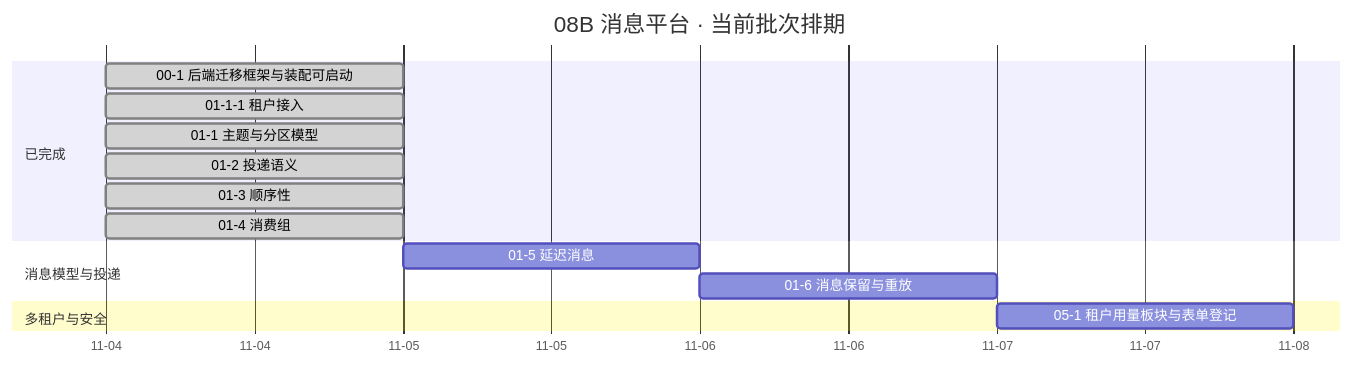
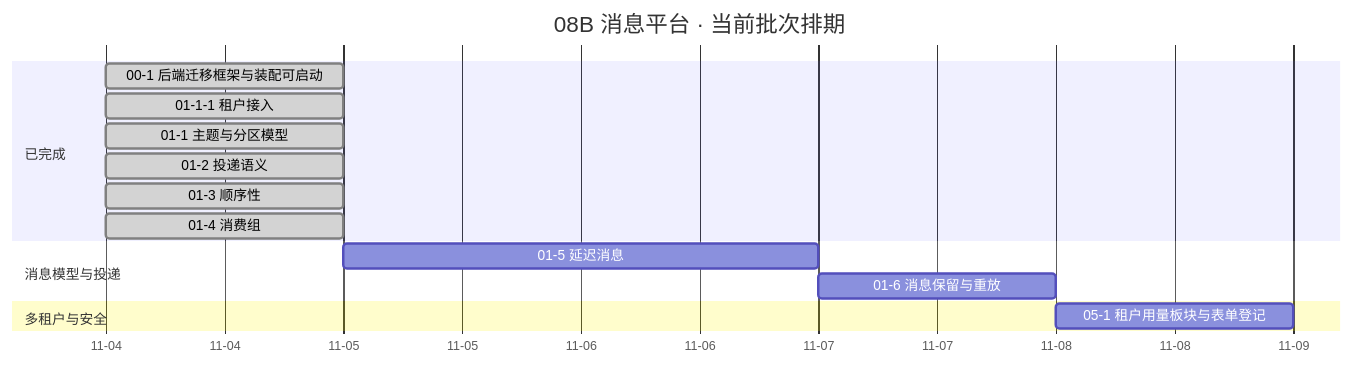
One commit to minjian123/message-platform changed the diagram in msg文档/项目/08B_消息平台/计划/01_计划_消息平台.md. Above: the diagram before and after it, drawn with Mermaid. The commit also changed other lines of this file and 16 other files, not shown here.

````diff
--- a/msg文档/项目/08B_消息平台/计划/01_计划_消息平台.md
+++ b/msg文档/项目/08B_消息平台/计划/01_计划_消息平台.md
@@ -46,18 +46,18 @@
 ```mermaid
 gantt
     title 08B 消息平台 · 当前批次排期
     dateFormat YYYY-MM-DD
     axisFormat %m-%d
     section 已完成
     00-1 后端迁移框架与装配可启动 :done, d001, 2026-11-04, 1d
     01-1-1 租户接入 :done, d0111, 2026-11-04, 1d
     01-1 主题与分区模型 :done, t011, 2026-11-04, 1d
     01-2 投递语义 :done, t012, 2026-11-04, 1d
     01-3 顺序性 :done, t013, 2026-11-04, 1d
     01-4 消费组 :done, t014, 2026-11-04, 1d
     section 消息模型与投递
-    01-5 延迟消息 :t015, after t014, 1d
+    01-5 延迟消息 :t015, after t014, 2d
     01-6 消息保留与重放 :t016, after t015, 1d
     section 多租户与安全
     05-1 租户用量板块与表单登记 :t051, after t016, 1d
 ```
````
